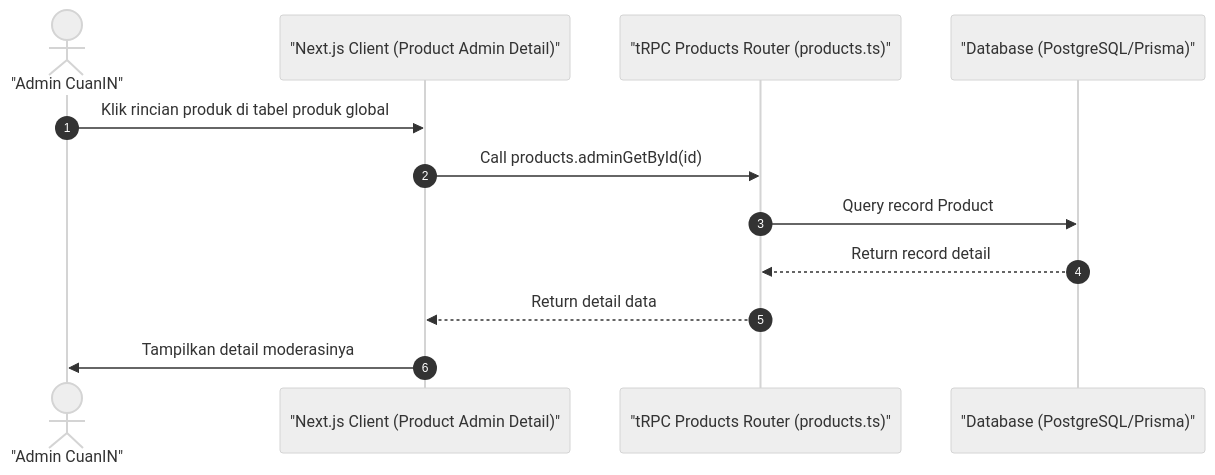
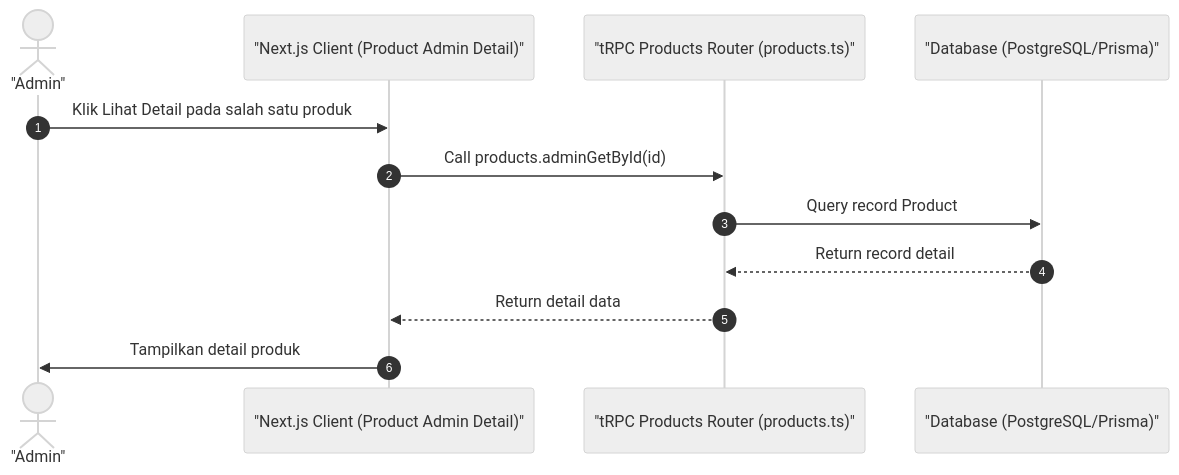
Before and after one commit to luputer/CuanIN: the diagram in docs/09-admin-product-detail.md, drawn with Mermaid (neutral theme). The commit also changed 53 other files, not shown here.

````diff
--- a/docs/09-admin-product-detail.md
+++ b/docs/09-admin-product-detail.md
@@ -5,16 +5,16 @@
 ```mermaid
 sequenceDiagram
     autonumber
-    actor Admin as "Admin CuanIN"
+    actor Admin as "Admin"
     participant Client as "Next.js Client (Product Admin Detail)"
     participant Server as "tRPC Products Router (products.ts)"
     participant DB as "Database (PostgreSQL/Prisma)"
 
-    Admin->>Client: Klik rincian produk di tabel produk global
+    Admin->>Client: Klik Lihat Detail pada salah satu produk
     Client->>Server: Call products.adminGetById(id)
     Server->>DB: Query record Product
     DB-->>Server: Return record detail
     Server-->>Client: Return detail data
-    Client->>Admin: Tampilkan detail moderasinya
+    Client->>Admin: Tampilkan detail produk
 
 ```
````
